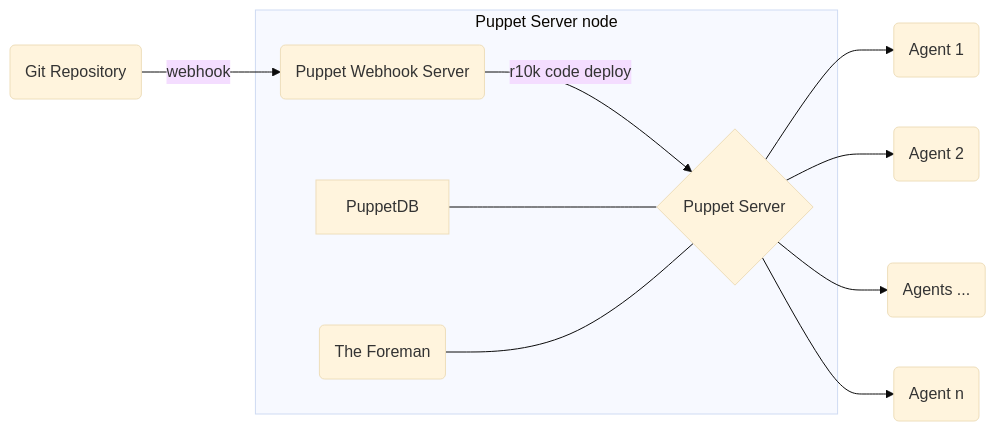
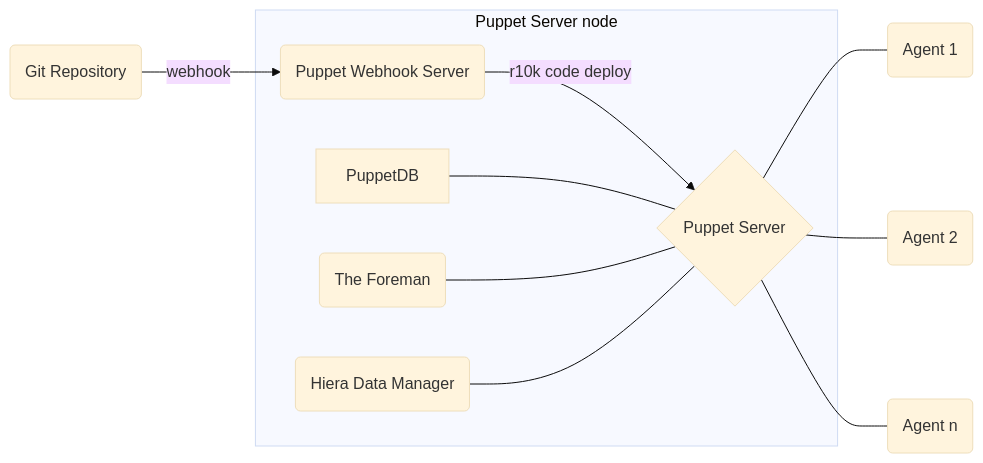
Before and after one commit to voxpupuli/voxpupuli.github.io: the diagram in _docs/arch_single_server.md, drawn with Mermaid (base theme). The commit also changed other lines of this file and 1 other file, not shown here.

Commit message:
also update single arch

```diff
--- a/_docs/arch_single_server.md
+++ b/_docs/arch_single_server.md
@@ -19,30 +19,31 @@
 <div class="mermaid">
   graph LR;
   git(Git Repository)
 
   subgraph server[Puppet Server node]
     Foreman(The Foreman)
     Webhook(Puppet Webhook Server)
     PuppetDB
     PuppetServer{Puppet Server}
+    HDM(Hiera Data Manager)
   end
 
-  Agent1(Agent 1)
-  Agent2(Agent 2)
-  Agents(Agents ...)
-  Agent_n(Agent n)
-
+  click HDM "https://github.com/betadots/hdm" "HDM is a web interface for analyzing and managing hiera data."
   click Foreman "https://www.theforeman.org" "Foreman is a complete lifecycle management tool for physical and virtual servers."
   click Webhook "https://github.com/voxpupuli/puppet_webhook" "A webhook service that can trigger code deploys from source code repository updates."
 
   git --webhook--> Webhook
   Webhook --r10k code deploy--> PuppetServer
 
   PuppetDB --- PuppetServer
   Foreman --- PuppetServer
+  HDM --- PuppetServer
 
-  PuppetServer --> Agent1
-  PuppetServer --> Agent2
-  PuppetServer --> Agents
-  PuppetServer --> Agent_n
+  Agent1(Agent 1)
+  Agent2(Agent 2)
+  Agent_n(Agent n)
+
+  PuppetServer --- Agent1
+  PuppetServer --- Agent2
+  PuppetServer --- Agent_n
 </div>
```
